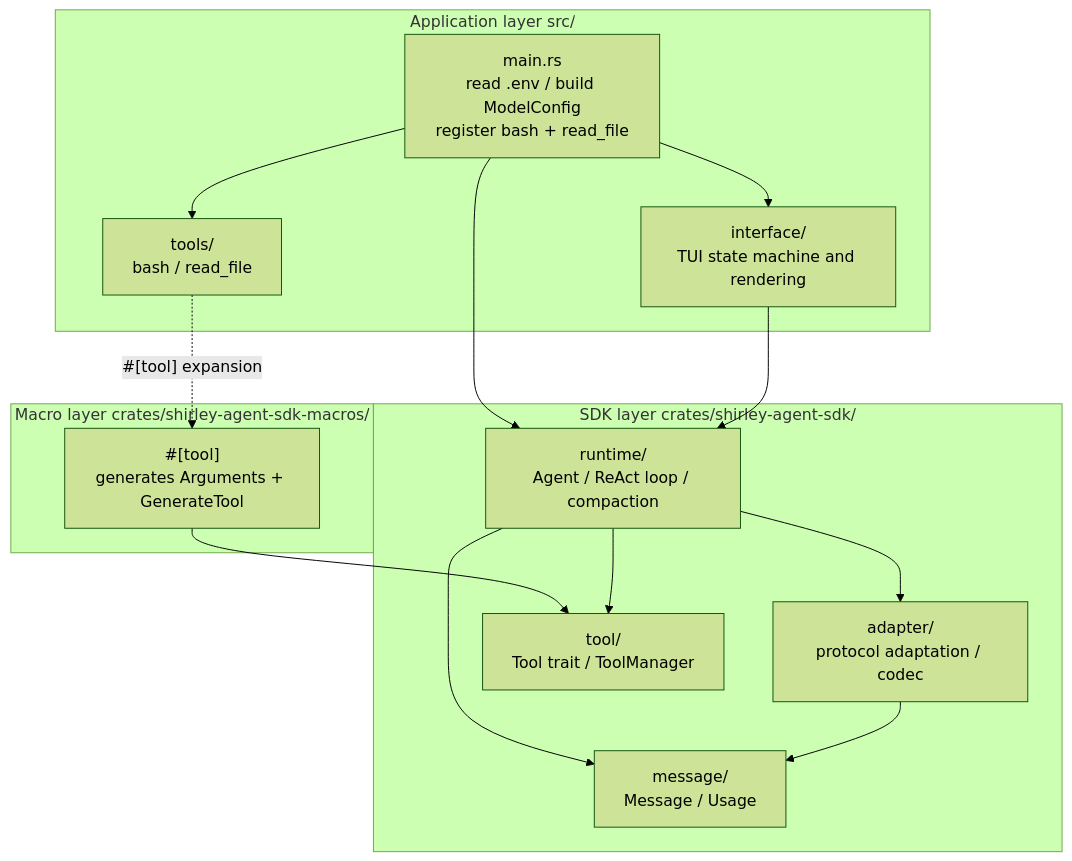
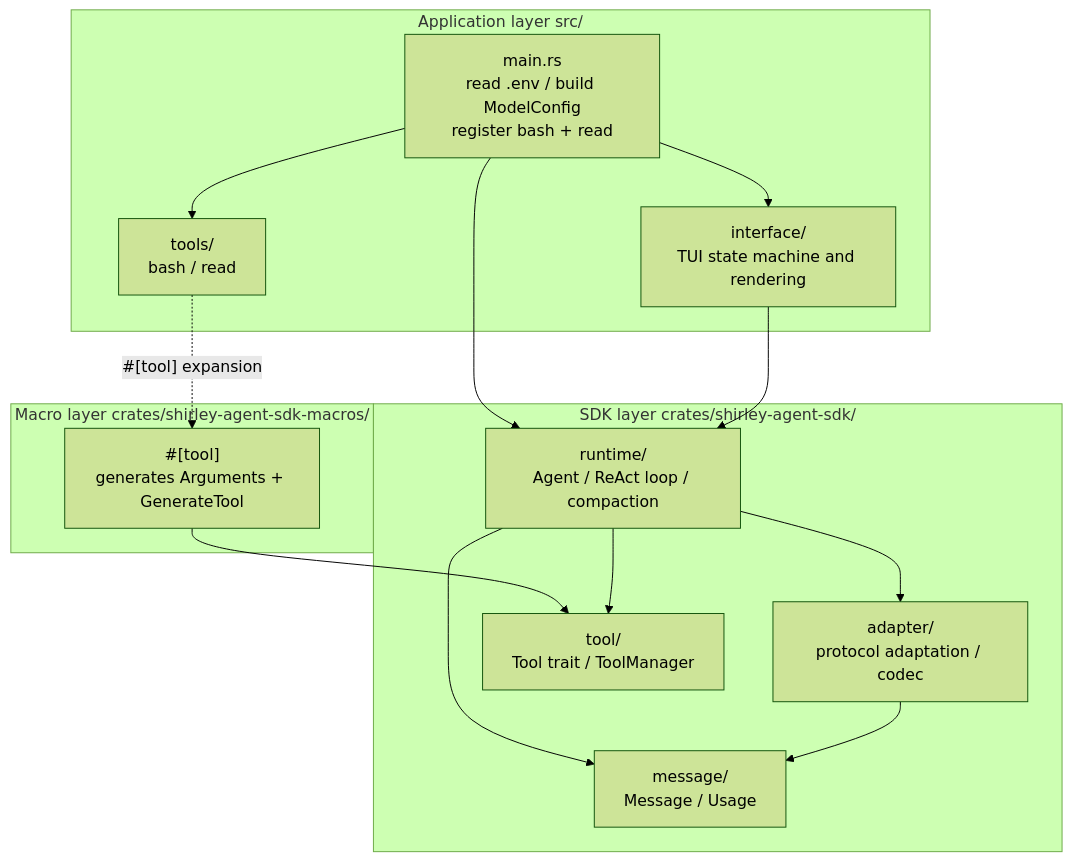
One commit to Seann0824/Shirley changed the first of 9 diagrams in docs/architecture.md. Above: the diagram before and after it, drawn with Mermaid (forest theme). The commit also changed 39 other files, not shown here.

````diff
--- a/docs/architecture.md
+++ b/docs/architecture.md
@@ -17,30 +17,30 @@
 ```mermaid
 graph TD
     subgraph App["Application layer src/"]
-        MAIN["main.rs<br/>read .env / build ModelConfig<br/>register bash + read_file"]
+        MAIN["main.rs<br/>read .env / build ModelConfig<br/>register bash + read"]
         IFACE["interface/<br/>TUI state machine and rendering"]
-        TOOLS["tools/<br/>bash / read_file"]
+        TOOLS["tools/<br/>bash / read"]
     end
 
     subgraph SDK["SDK layer crates/shirley-agent-sdk/"]
         RUNTIME["runtime/<br/>Agent / ReAct loop / compaction"]
         MSG["message/<br/>Message / Usage"]
         ADAPTER["adapter/<br/>protocol adaptation / codec"]
         TOOLM["tool/<br/>Tool trait / ToolManager"]
     end
 
     subgraph MACRO["Macro layer crates/shirley-agent-sdk-macros/"]
         TOOLMACRO["#[tool]<br/>generates Arguments + GenerateTool"]
     end
 
     MAIN --> IFACE
     MAIN --> TOOLS
     MAIN --> RUNTIME
     IFACE --> RUNTIME
     TOOLS -.->|"#[tool] expansion"| TOOLMACRO
     TOOLMACRO --> TOOLM
     RUNTIME --> MSG
     RUNTIME --> ADAPTER
     RUNTIME --> TOOLM
     ADAPTER --> MSG
 ```
````
